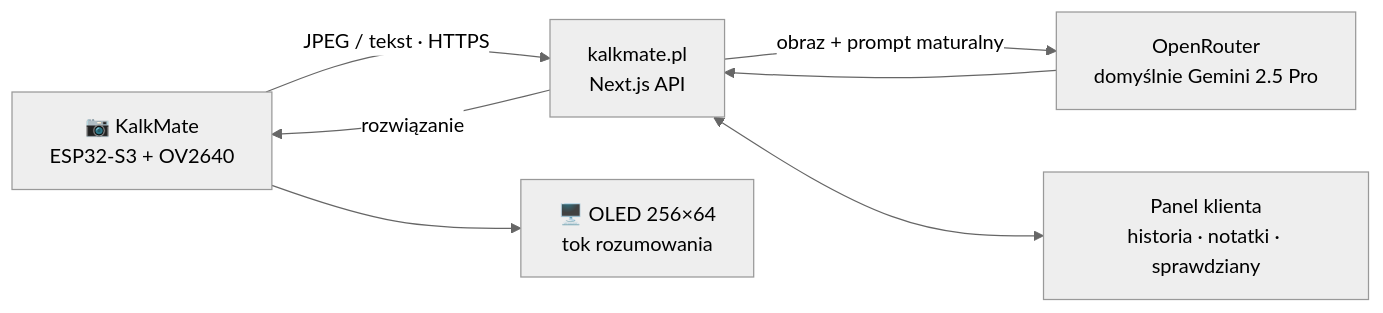
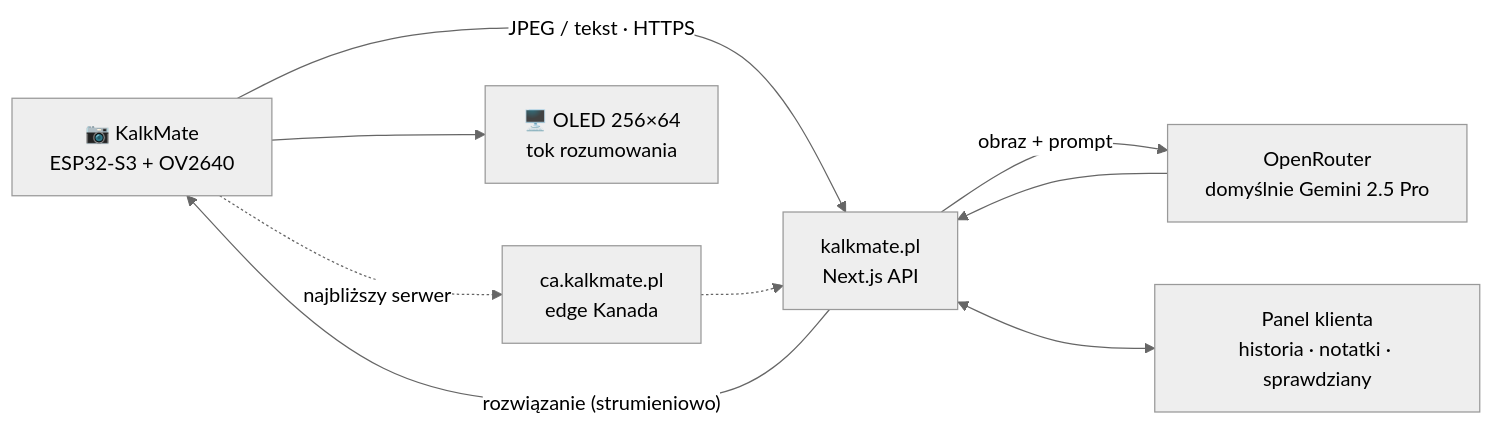
The diagram in README.md (KAJPER/KalkMate), drawn with Mermaid (neutral theme) before and after one commit. The commit also changed other lines of this file and 1 other file, not shown here.

````diff
--- a/README.md
+++ b/README.md
@@ -45,9 +44,11 @@
 ```mermaid
 flowchart LR
     A["📷 KalkMate<br/>ESP32-S3 + OV2640"] -- "JPEG / tekst · HTTPS" --> B["kalkmate.pl<br/>Next.js API"]
-    B -- "obraz + prompt maturalny" --> C["OpenRouter<br/>domyślnie Gemini 2.5 Pro"]
+    A -. "najbliższy serwer" .-> F["ca.kalkmate.pl<br/>edge Kanada"]
+    F -.-> B
+    B -- "obraz + prompt" --> C["OpenRouter<br/>domyślnie Gemini 2.5 Pro"]
     C --> B
-    B -- "rozwiązanie" --> A
+    B -- "rozwiązanie (strumieniowo)" --> A
     A --> D["🖥️ OLED 256×64<br/>tok rozumowania"]
     B <--> E["Panel klienta<br/>historia · notatki · sprawdziany"]
 ```
````
